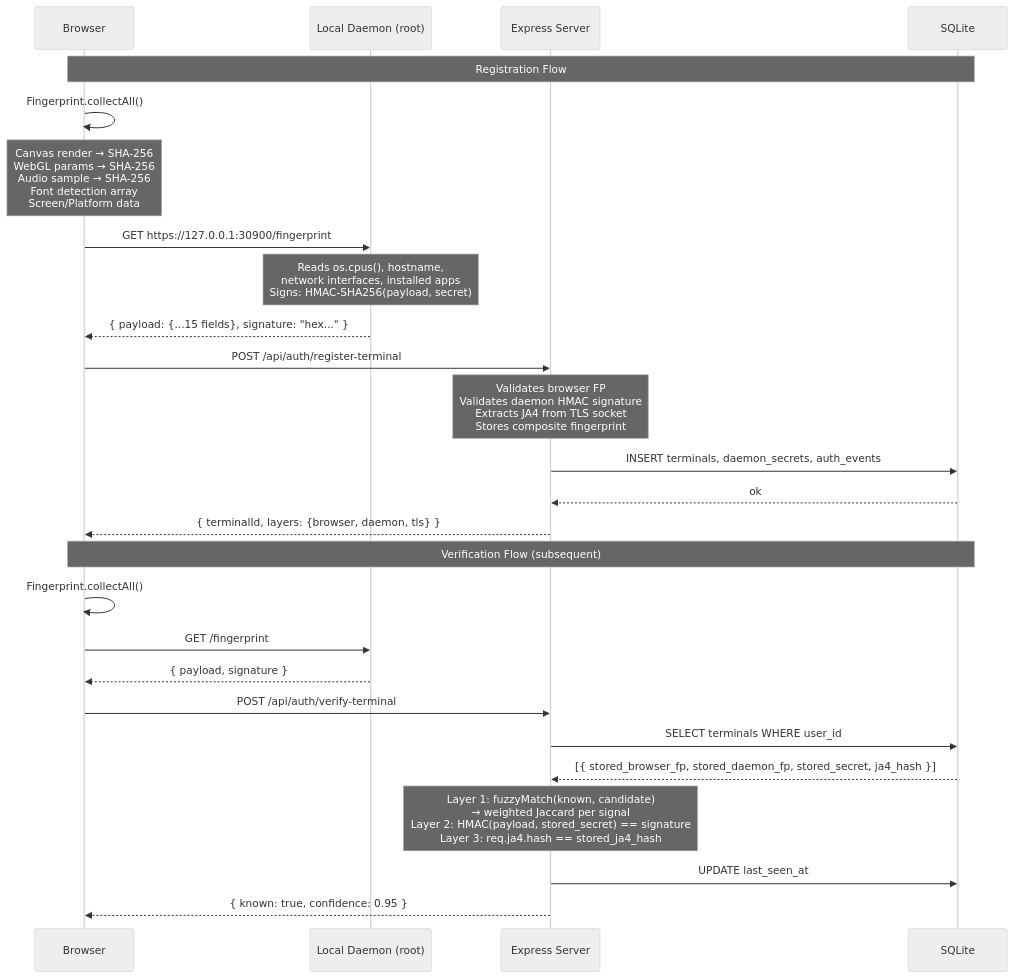
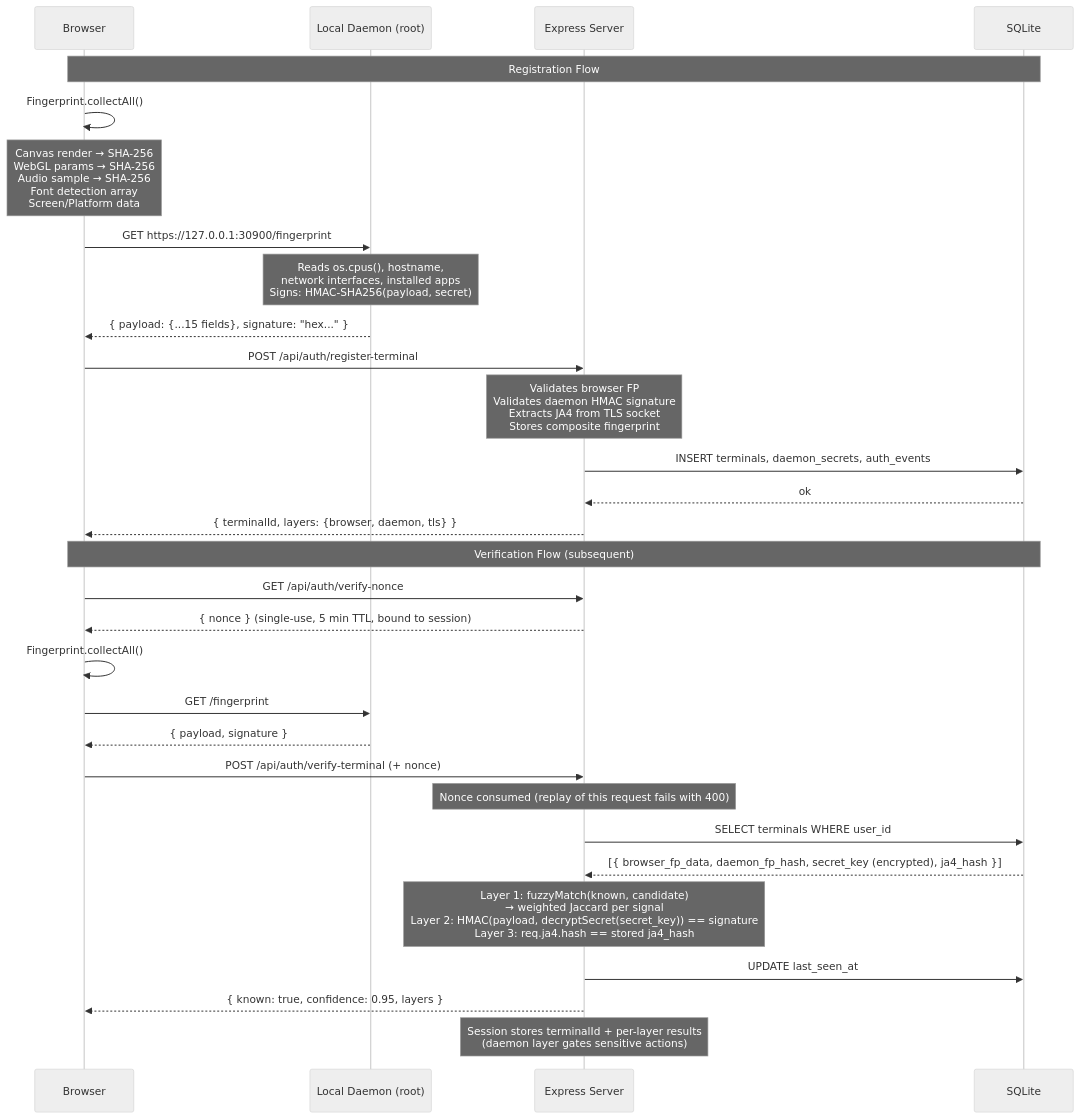
Before and after one commit to andermoreira/dna: the first of 5 diagrams in docs/architecture.md, drawn with Mermaid (neutral theme). The commit also changed other lines of this file and 27 other files, not shown here.

First line of the commit message:
feat(security): Harden terminal auth and secret storage

````diff
--- a/docs/architecture.md
+++ b/docs/architecture.md
@@ -39,39 +44,45 @@
 ```mermaid
 sequenceDiagram
     participant Browser
     participant Daemon as Local Daemon (root)
     participant Express as Express Server
     participant DB as SQLite
 
     Note over Browser,DB: Registration Flow
 
     Browser->>Browser: Fingerprint.collectAll()
     Note over Browser: Canvas render → SHA-256<br/>WebGL params → SHA-256<br/>Audio sample → SHA-256<br/>Font detection array<br/>Screen/Platform data
 
     Browser->>Daemon: GET https://127.0.0.1:30900/fingerprint
     Note over Daemon: Reads os.cpus(), hostname,<br/>network interfaces, installed apps<br/>Signs: HMAC-SHA256(payload, secret)
 
     Daemon-->>Browser: { payload: {...15 fields}, signature: "hex..." }
 
     Browser->>Express: POST /api/auth/register-terminal
     Note over Express: Validates browser FP<br/>Validates daemon HMAC signature<br/>Extracts JA4 from TLS socket<br/>Stores composite fingerprint
 
     Express->>DB: INSERT terminals, daemon_secrets, auth_events
     DB-->>Express: ok
     Express-->>Browser: { terminalId, layers: {browser, daemon, tls} }
 
     Note over Browser,DB: Verification Flow (subsequent)
 
+    Browser->>Express: GET /api/auth/verify-nonce
+    Express-->>Browser: { nonce } (single-use, 5 min TTL, bound to session)
+
     Browser->>Browser: Fingerprint.collectAll()
     Browser->>Daemon: GET /fingerprint
     Daemon-->>Browser: { payload, signature }
-    Browser->>Express: POST /api/auth/verify-terminal
+    Browser->>Express: POST /api/auth/verify-terminal (+ nonce)
+
+    Note over Express: Nonce consumed (replay of this request fails with 400)
 
     Express->>DB: SELECT terminals WHERE user_id
-    DB-->>Express: [{ stored_browser_fp, stored_daemon_fp, stored_secret, ja4_hash }]
+    DB-->>Express: [{ browser_fp_data, daemon_fp_hash, secret_key (encrypted), ja4_hash }]
 
-    Note over Express: Layer 1: fuzzyMatch(known, candidate)<br/>→ weighted Jaccard per signal<br/>Layer 2: HMAC(payload, stored_secret) == signature<br/>Layer 3: req.ja4.hash == stored_ja4_hash
+    Note over Express: Layer 1: fuzzyMatch(known, candidate)<br/>→ weighted Jaccard per signal<br/>Layer 2: HMAC(payload, decryptSecret(secret_key)) == signature<br/>Layer 3: req.ja4.hash == stored ja4_hash
 
     Express->>DB: UPDATE last_seen_at
-    Express-->>Browser: { known: true, confidence: 0.95 }
+    Express-->>Browser: { known: true, confidence: 0.95, layers }
+    Note over Express: Session stores terminalId + per-layer results<br/>(daemon layer gates sensitive actions)
 ```
````
